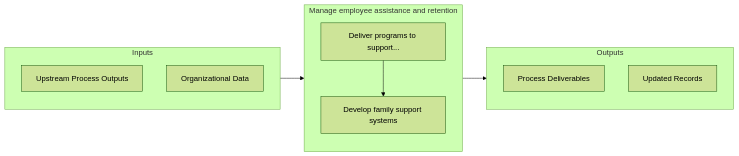
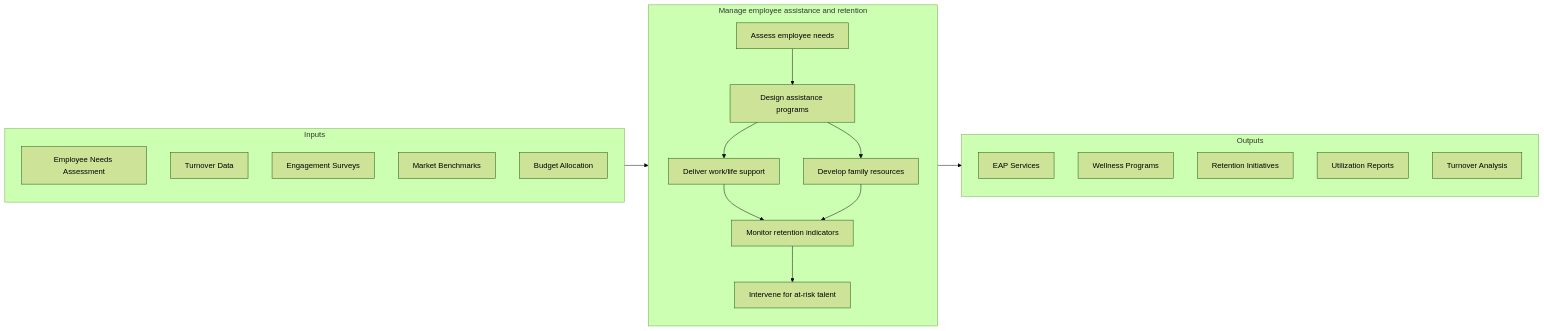
One commit to kziemski/business.org.ai changed the second of 2 diagrams in processes/07-HR/7.5-RewardRetainEmployees/7.5.3-ManageEmployeeAssistanceRetention/index.mdx. Above: the diagram before and after it, drawn with Mermaid (forest theme). The commit also changed other lines of this file and 885 other files, not shown here.

````diff
--- a/processes/07-HR/7.5-RewardRetainEmployees/7.5.3-ManageEmployeeAssistanceRetention/index.mdx
+++ b/processes/07-HR/7.5-RewardRetainEmployees/7.5.3-ManageEmployeeAssistanceRetention/index.mdx
@@ -60,20 +60,34 @@
 ```mermaid
 flowchart LR
     subgraph Inputs["Inputs"]
-        I1["Upstream Process Outputs"]
-        I2["Organizational Data"]
+        I1["Employee Needs Assessment"]
+        I2["Turnover Data"]
+        I3["Engagement Surveys"]
+        I4["Market Benchmarks"]
+        I5["Budget Allocation"]
     end
 
     subgraph Process["Manage employee assistance and retention"]
-        S1["Deliver programs to support..."]
-        S2["Develop family support systems"]
+        S1["Assess employee needs"]
+        S2["Design assistance programs"]
+        S3["Deliver work/life support"]
+        S4["Develop family resources"]
+        S5["Monitor retention indicators"]
+        S6["Intervene for at-risk talent"]
+
+        S1 --> S2 --> S3
+        S2 --> S4
+        S3 --> S5 --> S6
+        S4 --> S5
     end
 
     subgraph Outputs["Outputs"]
-        O1["Process Deliverables"]
-        O2["Updated Records"]
+        O1["EAP Services"]
+        O2["Wellness Programs"]
+        O3["Retention Initiatives"]
+        O4["Utilization Reports"]
+        O5["Turnover Analysis"]
     end
 
     Inputs --> Process --> Outputs
-    S1 --> S2
 ```
````
